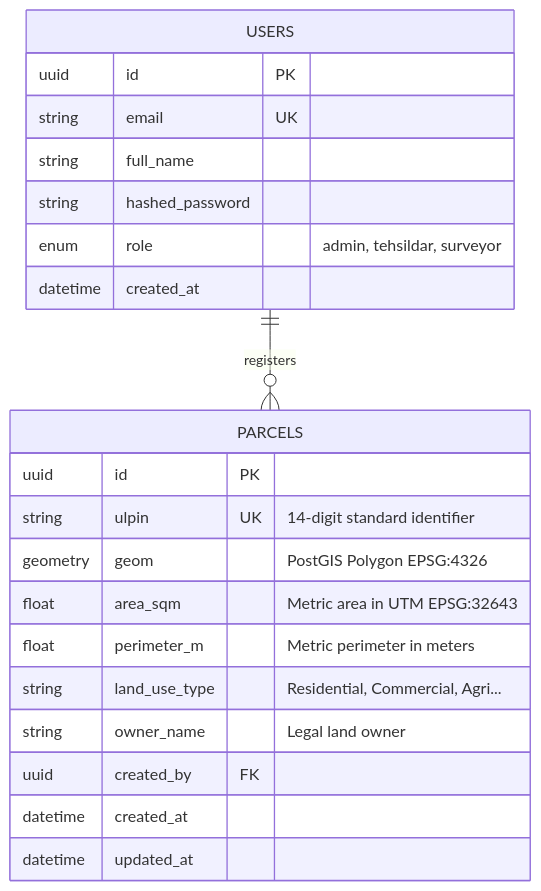
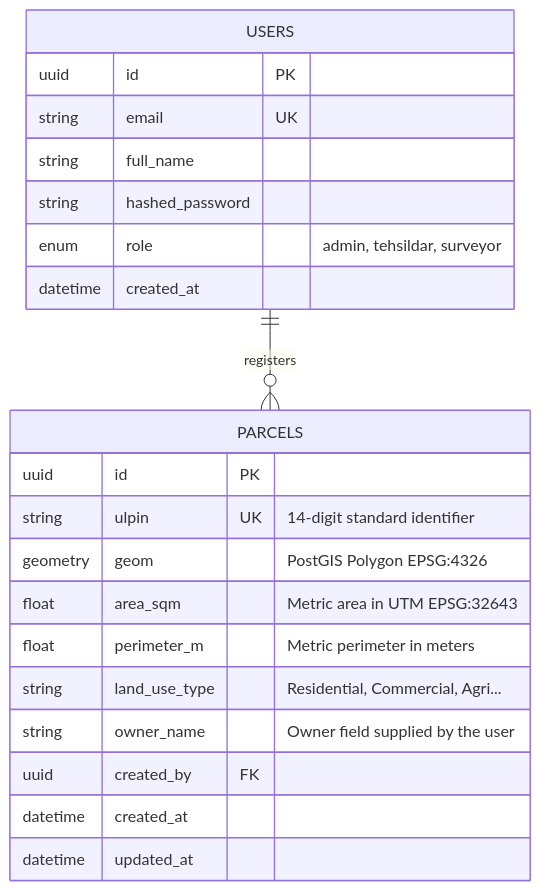
The fourth of 6 diagrams in PROJECT_REPORT.md (Aditya-Pratap-Bose/BhuDrishti), drawn with Mermaid before and after one commit. The commit also changed other lines of this file and 4 other files, not shown here.

````diff
--- a/PROJECT_REPORT.md
+++ b/PROJECT_REPORT.md
@@ -154,25 +154,25 @@
 ```mermaid
 erDiagram
     USERS ||--o{ PARCELS : registers
     USERS {
         uuid id PK
         string email UK
         string full_name
         string hashed_password
         enum role "admin, tehsildar, surveyor"
         datetime created_at
     }
 
     PARCELS {
         uuid id PK
         string ulpin UK "14-digit standard identifier"
         geometry geom "PostGIS Polygon EPSG:4326"
         float area_sqm "Metric area in UTM EPSG:32643"
         float perimeter_m "Metric perimeter in meters"
         string land_use_type "Residential, Commercial, Agri..."
-        string owner_name "Legal land owner"
+        string owner_name "Owner field supplied by the user"
         uuid created_by FK
         datetime created_at
         datetime updated_at
     }
 ```
````
